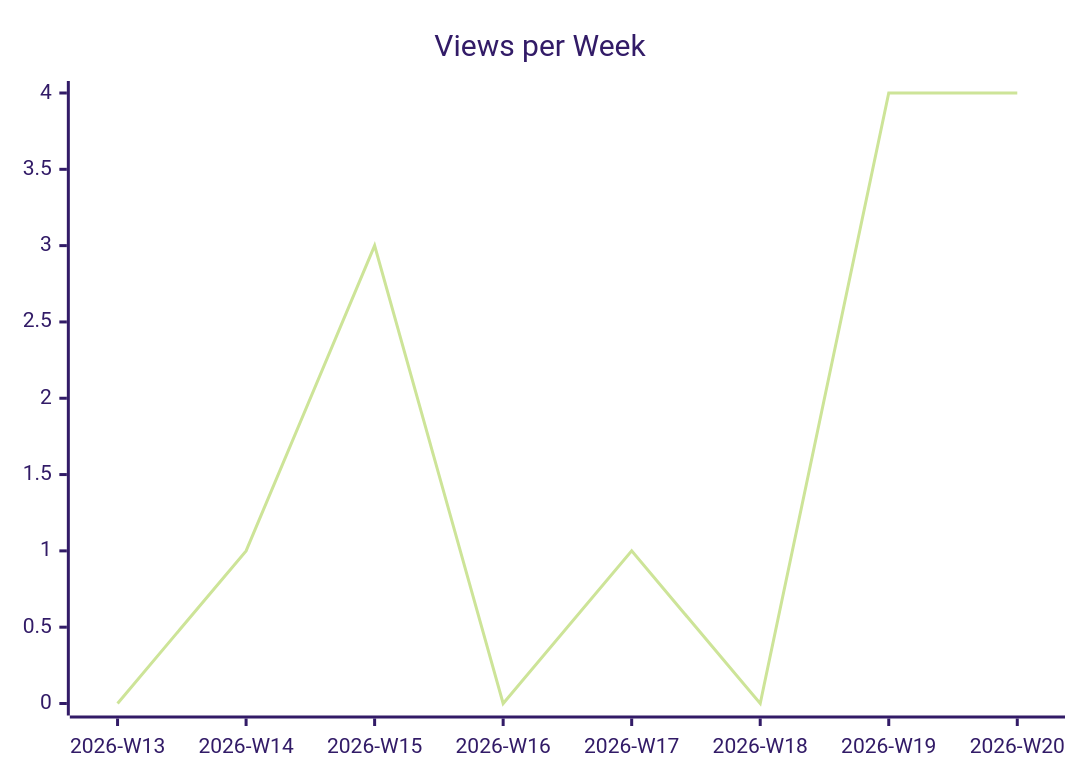
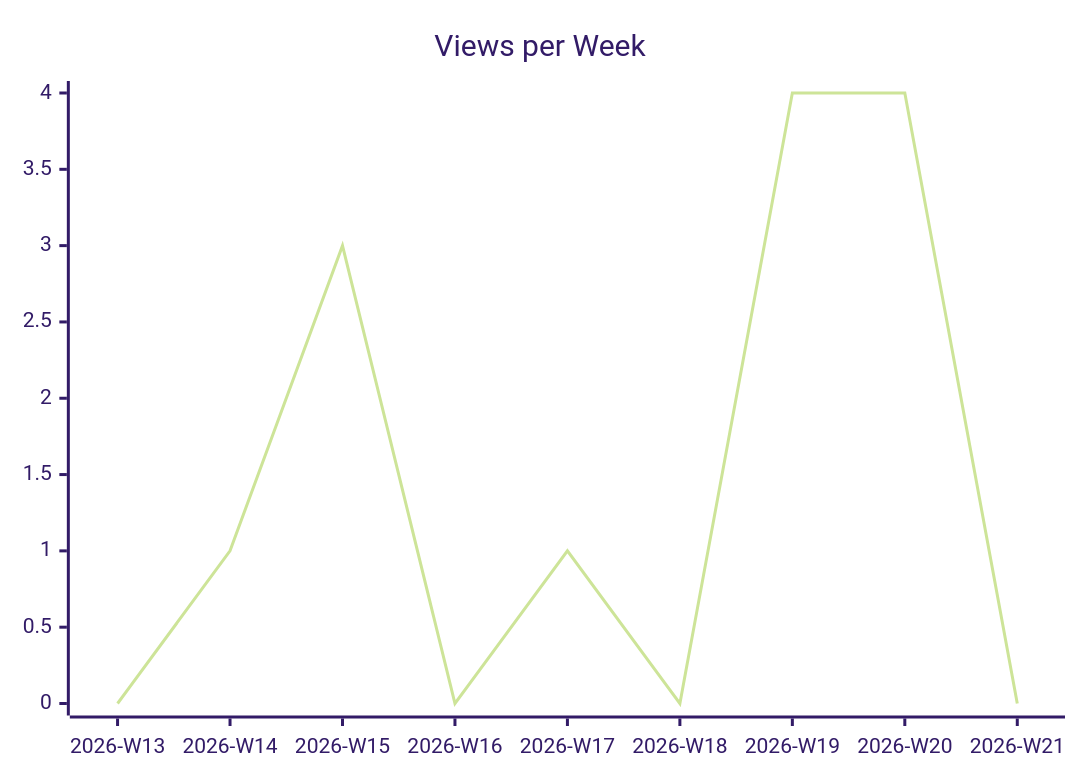
Before and after one commit to justdavis-family/github-analytics-data: the second of 3 diagrams in justdavis-family/justdavis/README.md, drawn with Mermaid (forest theme). The commit also changed other lines of this file and 189 other files, not shown here.

````diff
--- a/justdavis-family/justdavis/README.md
+++ b/justdavis-family/justdavis/README.md
@@ -12,6 +12,6 @@
 ```mermaid
 xychart-beta
   title "Views per Week"
-  x-axis ["2026-W13", "2026-W14", "2026-W15", "2026-W16", "2026-W17", "2026-W18", "2026-W19", "2026-W20"]
-  line [0, 1, 3, 0, 1, 0, 4, 4]
+  x-axis ["2026-W13", "2026-W14", "2026-W15", "2026-W16", "2026-W17", "2026-W18", "2026-W19", "2026-W20", "2026-W21"]
+  line [0, 1, 3, 0, 1, 0, 4, 4, 0]
 ```
````
